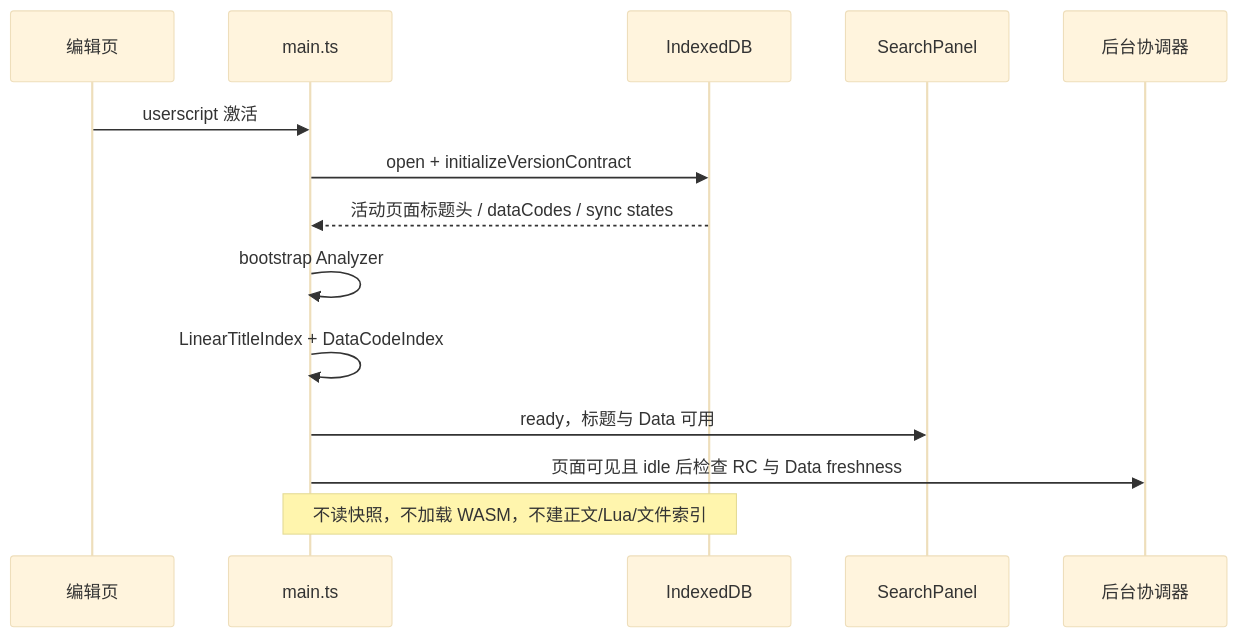
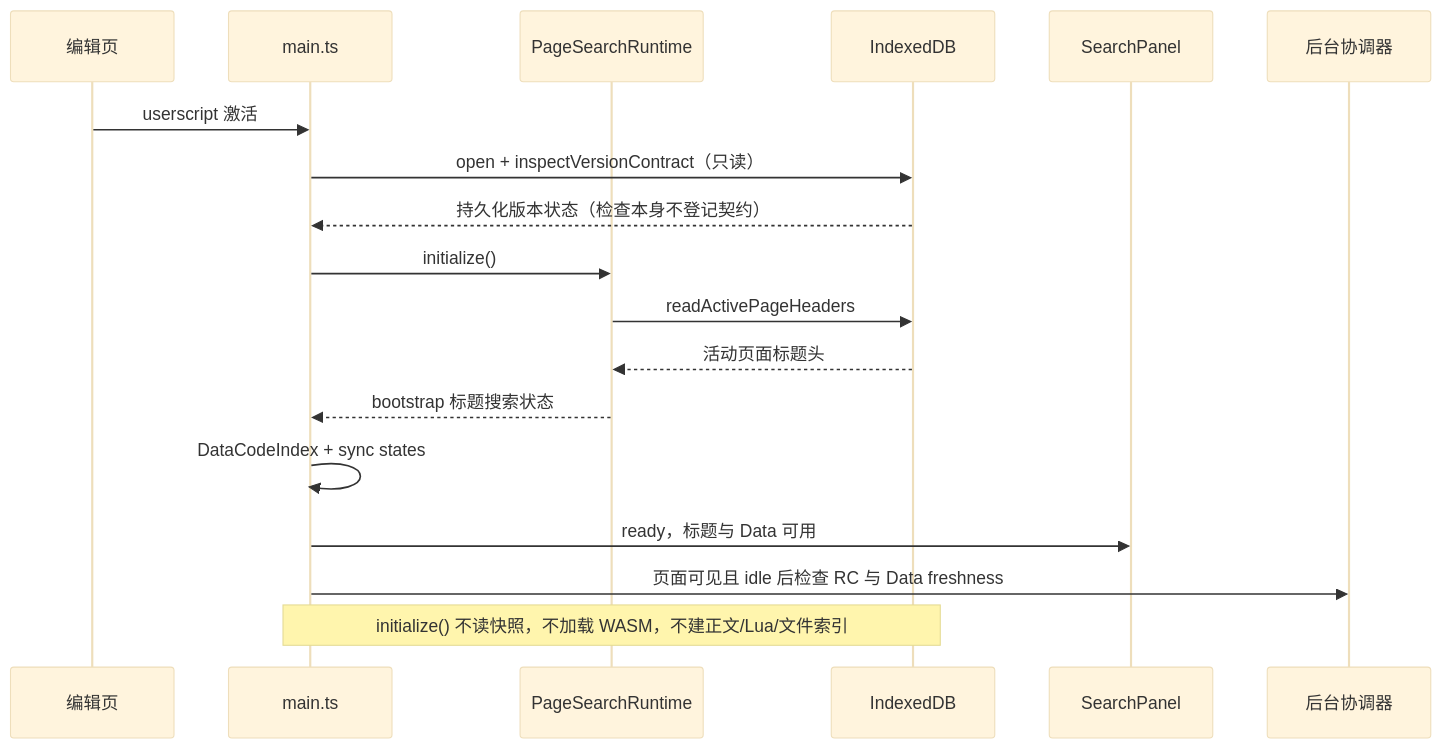
The second of 2 diagrams in ARCHITECTURE.md (Werewolf-Wu/cu-wiki-search-companion), drawn with Mermaid (base theme) before and after one commit. The commit also changed other lines of this file and 15 other files, not shown here.

```diff
--- a/ARCHITECTURE.md
+++ b/ARCHITECTURE.md
@@ -77,17 +79,21 @@
 ~~~mermaid
 sequenceDiagram
   participant Page as 编辑页
   participant Main as main.ts
+  participant Runtime as PageSearchRuntime
   participant DB as IndexedDB
   participant UI as SearchPanel
   participant BG as 后台协调器
 
   Page->>Main: userscript 激活
-  Main->>DB: open + initializeVersionContract
-  DB-->>Main: 活动页面标题头 / dataCodes / sync states
-  Main->>Main: bootstrap Analyzer
-  Main->>Main: LinearTitleIndex + DataCodeIndex
+  Main->>DB: open + inspectVersionContract（只读）
+  DB-->>Main: 持久化版本状态（检查本身不登记契约）
+  Main->>Runtime: initialize()
+  Runtime->>DB: readActivePageHeaders
+  DB-->>Runtime: 活动页面标题头
+  Runtime-->>Main: bootstrap 标题搜索状态
+  Main->>Main: DataCodeIndex + sync states
   Main->>UI: ready，标题与 Data 可用
   Main->>BG: 页面可见且 idle 后检查 RC 与 Data freshness
-  Note over Main,DB: 不读快照，不加载 WASM，不建正文/Lua/文件索引
+  Note over Main,DB: initialize() 不读快照，不加载 WASM，不建正文/Lua/文件索引
 ~~~
```
